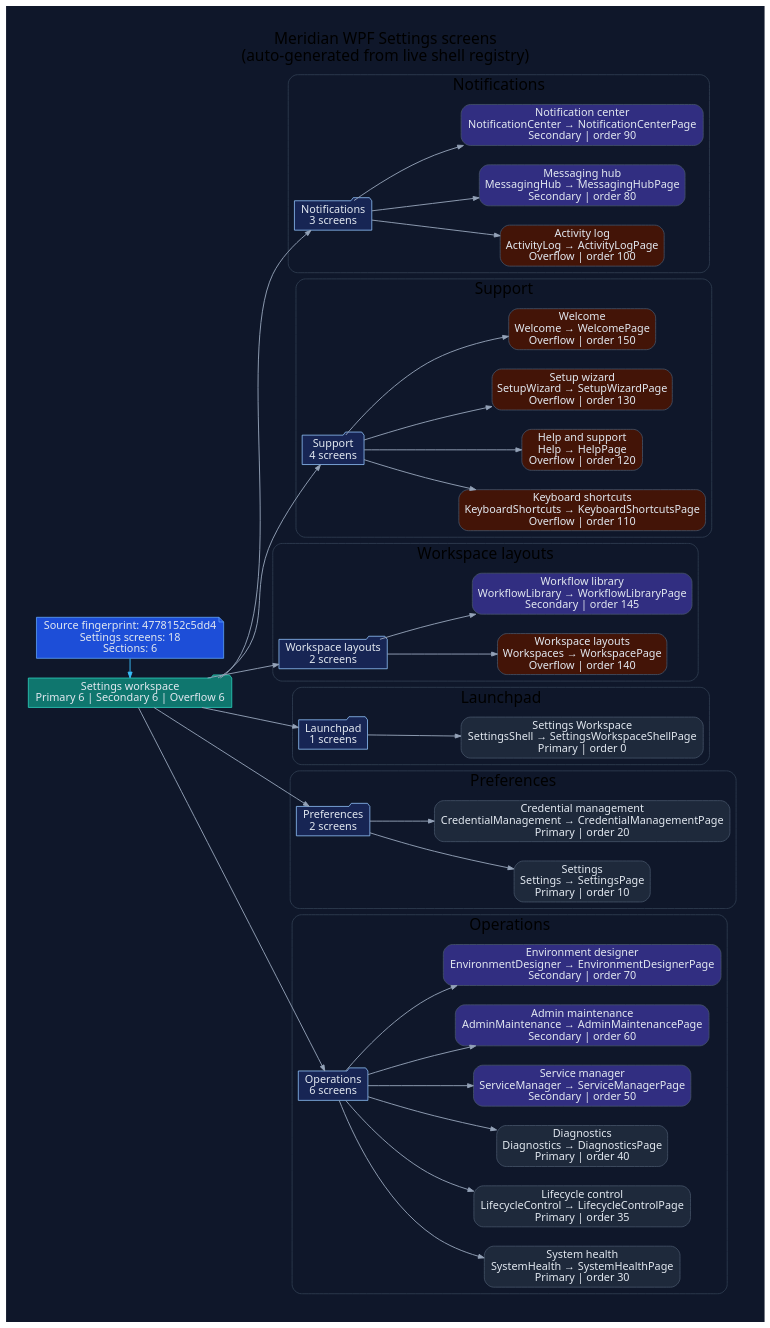
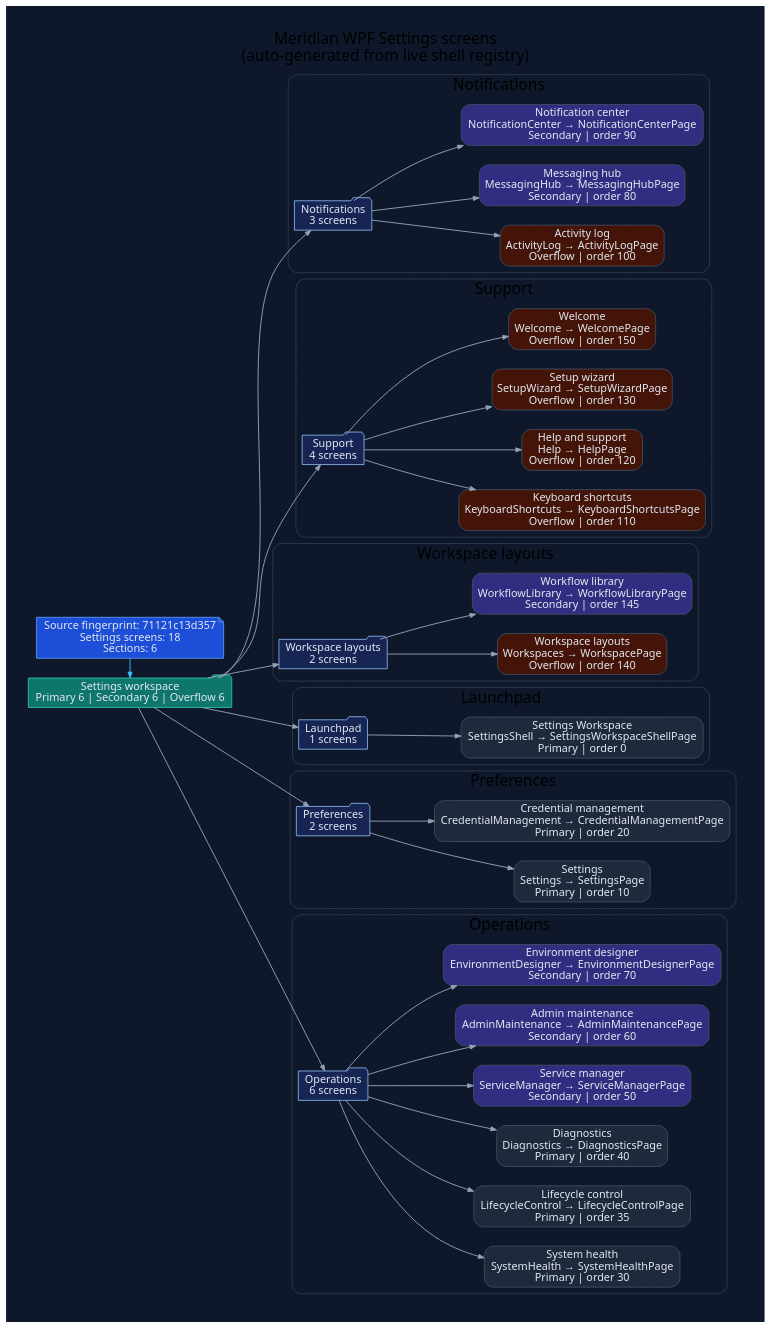
The diagram in docs/diagrams/ui-wpf-screens-settings.dot (rodoHasArrived/Meridian-main), drawn with Graphviz before and after one commit. The commit also changed 181 other files, not shown here.

```diff
--- a/docs/diagrams/ui-wpf-screens-settings.dot
+++ b/docs/diagrams/ui-wpf-screens-settings.dot
@@ -1,110 +1,110 @@
 // -----------------------------------------------------------------------------
 // <auto-generated>
 // Generated by scripts/generate-diagrams.mjs.
 // Do not edit this file directly; update the WPF source files instead.
 // -----------------------------------------------------------------------------
 digraph WpfSettingsScreens {
   graph [
     rankdir=LR,
     labelloc=t,
     label="Meridian WPF Settings screens\n(auto-generated from live shell registry)",
     fontname="Segoe UI",
     fontsize=20,
     pad=0.4,
     nodesep=0.35,
     ranksep=0.85,
     bgcolor="#0f172a"
   ];
   node [fontname="Segoe UI", shape=box, style="rounded,filled", color="#475569", fontcolor="#e2e8f0", fillcolor="#1e293b"];
   edge [fontname="Segoe UI", color="#94a3b8", penwidth=1.2, arrowsize=0.75];
 
-  generated [shape=note, fillcolor="#1d4ed8", color="#60a5fa", label="Source fingerprint: 4778152c5dd4\nSettings screens: 18\nSections: 6"];
+  generated [shape=note, fillcolor="#1d4ed8", color="#60a5fa", label="Source fingerprint: 71121c13d357\nSettings screens: 18\nSections: 6"];
   workspace [shape=folder, fillcolor="#0f766e", color="#2dd4bf", label="Settings workspace\nPrimary 6 | Secondary 6 | Overflow 6"];
   generated -> workspace [color="#38bdf8"];
 
   subgraph cluster_section_1 {
     label="Notifications";
     color="#334155";
     style="rounded";
     section_1 [shape=folder, fillcolor="#172554", color="#93c5fd", label="Notifications\n3 screens"];
     workspace -> section_1;
     screen_ActivityLog [fillcolor="#431407", label="Activity log\nActivityLog → ActivityLogPage\nOverflow | order 100"];
     section_1 -> screen_ActivityLog;
     screen_MessagingHub [fillcolor="#312e81", label="Messaging hub\nMessagingHub → MessagingHubPage\nSecondary | order 80"];
     section_1 -> screen_MessagingHub;
     screen_NotificationCenter [fillcolor="#312e81", label="Notification center\nNotificationCenter → NotificationCenterPage\nSecondary | order 90"];
     section_1 -> screen_NotificationCenter;
   }
 
   subgraph cluster_section_2 {
     label="Support";
     color="#334155";
     style="rounded";
     section_2 [shape=folder, fillcolor="#172554", color="#93c5fd", label="Support\n4 screens"];
     workspace -> section_2;
     screen_KeyboardShortcuts [fillcolor="#431407", label="Keyboard shortcuts\nKeyboardShortcuts → KeyboardShortcutsPage\nOverflow | order 110"];
     section_2 -> screen_KeyboardShortcuts;
     screen_Help [fillcolor="#431407", label="Help and support\nHelp → HelpPage\nOverflow | order 120"];
     section_2 -> screen_Help;
     screen_SetupWizard [fillcolor="#431407", label="Setup wizard\nSetupWizard → SetupWizardPage\nOverflow | order 130"];
     section_2 -> screen_SetupWizard;
     screen_Welcome [fillcolor="#431407", label="Welcome\nWelcome → WelcomePage\nOverflow | order 150"];
     section_2 -> screen_Welcome;
   }
 
   subgraph cluster_section_3 {
     label="Workspace layouts";
     color="#334155";
     style="rounded";
     section_3 [shape=folder, fillcolor="#172554", color="#93c5fd", label="Workspace layouts\n2 screens"];
     workspace -> section_3;
     screen_Workspaces [fillcolor="#431407", label="Workspace layouts\nWorkspaces → WorkspacePage\nOverflow | order 140"];
     section_3 -> screen_Workspaces;
     screen_WorkflowLibrary [fillcolor="#312e81", label="Workflow library\nWorkflowLibrary → WorkflowLibraryPage\nSecondary | order 145"];
     section_3 -> screen_WorkflowLibrary;
   }
 
   subgraph cluster_section_4 {
     label="Launchpad";
     color="#334155";
     style="rounded";
     section_4 [shape=folder, fillcolor="#172554", color="#93c5fd", label="Launchpad\n1 screens"];
     workspace -> section_4;
     screen_SettingsShell [fillcolor="#1e293b", label="Settings Workspace\nSettingsShell → SettingsWorkspaceShellPage\nPrimary | order 0"];
     section_4 -> screen_SettingsShell;
   }
 
   subgraph cluster_section_5 {
     label="Preferences";
     color="#334155";
     style="rounded";
     section_5 [shape=folder, fillcolor="#172554", color="#93c5fd", label="Preferences\n2 screens"];
     workspace -> section_5;
     screen_Settings [fillcolor="#1e293b", label="Settings\nSettings → SettingsPage\nPrimary | order 10"];
     section_5 -> screen_Settings;
     screen_CredentialManagement [fillcolor="#1e293b", label="Credential management\nCredentialManagement → CredentialManagementPage\nPrimary | order 20"];
     section_5 -> screen_CredentialManagement;
   }
 
   subgraph cluster_section_6 {
     label="Operations";
     color="#334155";
     style="rounded";
     section_6 [shape=folder, fillcolor="#172554", color="#93c5fd", label="Operations\n6 screens"];
     workspace -> section_6;
     screen_SystemHealth [fillcolor="#1e293b", label="System health\nSystemHealth → SystemHealthPage\nPrimary | order 30"];
     section_6 -> screen_SystemHealth;
     screen_LifecycleControl [fillcolor="#1e293b", label="Lifecycle control\nLifecycleControl → LifecycleControlPage\nPrimary | order 35"];
     section_6 -> screen_LifecycleControl;
     screen_Diagnostics [fillcolor="#1e293b", label="Diagnostics\nDiagnostics → DiagnosticsPage\nPrimary | order 40"];
     section_6 -> screen_Diagnostics;
     screen_ServiceManager [fillcolor="#312e81", label="Service manager\nServiceManager → ServiceManagerPage\nSecondary | order 50"];
     section_6 -> screen_ServiceManager;
     screen_AdminMaintenance [fillcolor="#312e81", label="Admin maintenance\nAdminMaintenance → AdminMaintenancePage\nSecondary | order 60"];
     section_6 -> screen_AdminMaintenance;
     screen_EnvironmentDesigner [fillcolor="#312e81", label="Environment designer\nEnvironmentDesigner → EnvironmentDesignerPage\nSecondary | order 70"];
     section_6 -> screen_EnvironmentDesigner;
   }
 
   { rank=min; generated; workspace; }
 }
```
